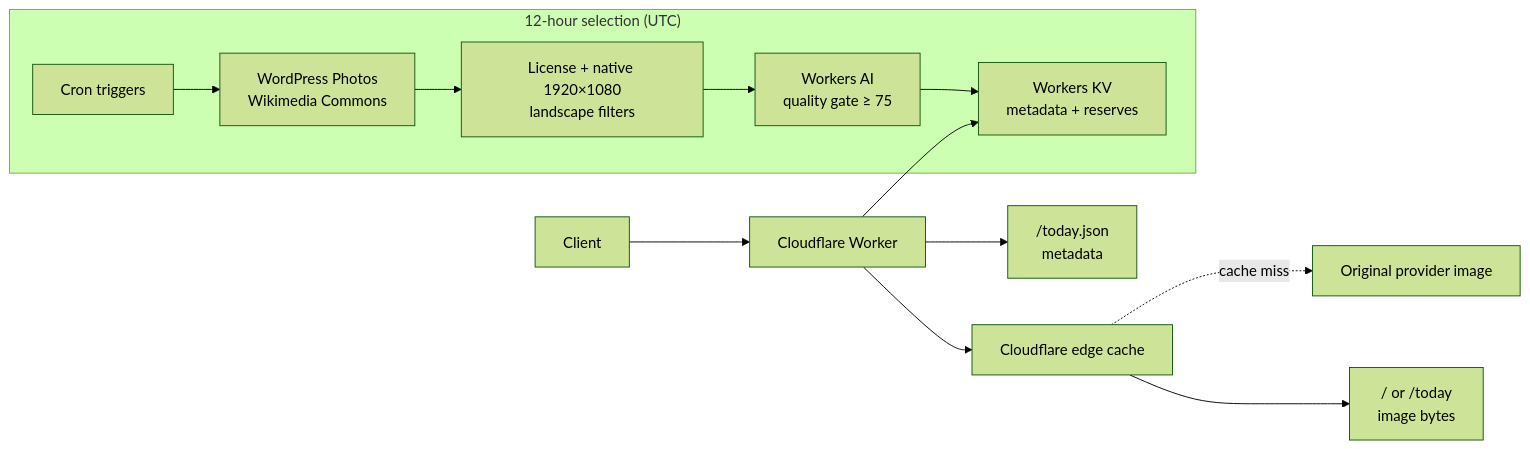
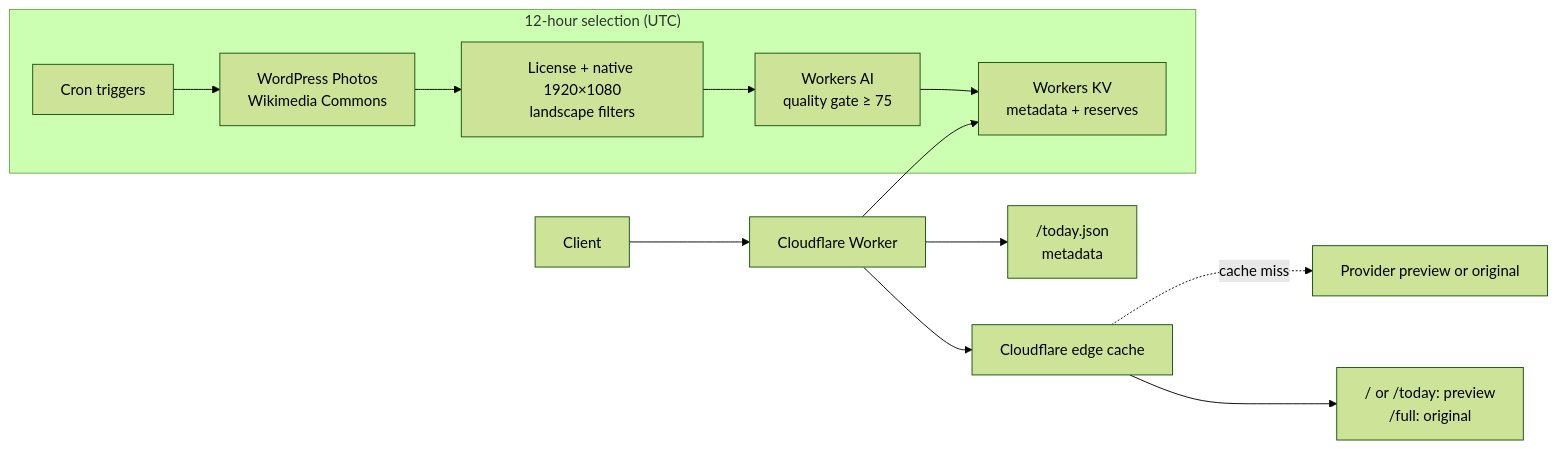
Before and after one commit to ach968/daily-cattle: the diagram in README.md, drawn with Mermaid (forest theme). The commit also changed other lines of this file and 5 other files, not shown here.

Commit message:
Separate preview and full-resolution image endpoints

````diff
--- a/README.md
+++ b/README.md
@@ -12,16 +25,16 @@
 ```mermaid
 flowchart LR
   subgraph Selection["12-hour selection (UTC)"]
     Cron["Cron triggers"] --> Sources["WordPress Photos<br/>Wikimedia Commons"]
     Sources --> Filters["License + native 1920×1080<br/>landscape filters"]
     Filters --> AI["Workers AI<br/>quality gate ≥ 75"]
     AI --> KV["Workers KV<br/>metadata + reserves"]
   end
 
   Client["Client"] --> Worker["Cloudflare Worker"]
   Worker --> KV
   Worker --> Cache["Cloudflare edge cache"]
-  Cache -. cache miss .-> Origin["Original provider image"]
-  Cache --> Image["/ or /today<br/>image bytes"]
+  Cache -. cache miss .-> Origin["Provider preview or original"]
+  Cache --> Image["/ or /today: preview<br/>/full: original"]
   Worker --> Metadata["/today.json<br/>metadata"]
 ```
````
